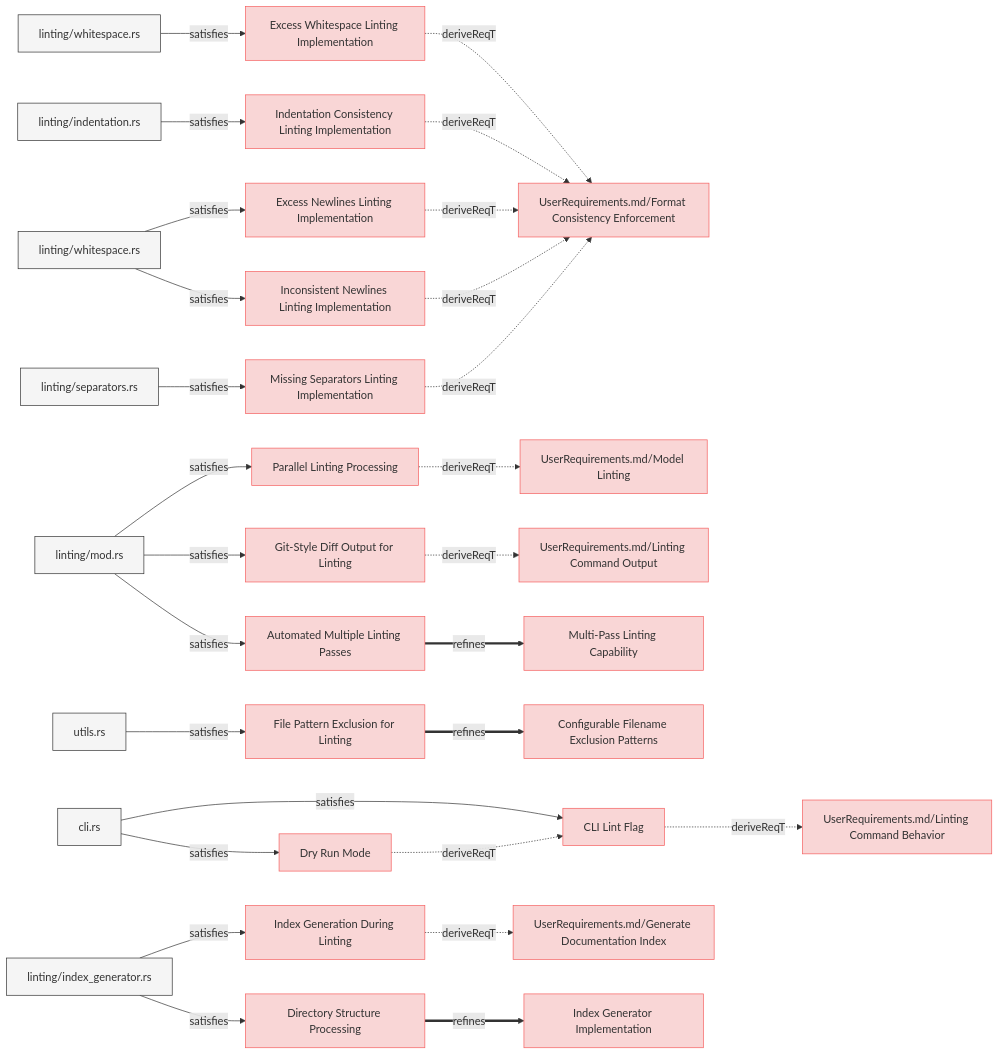
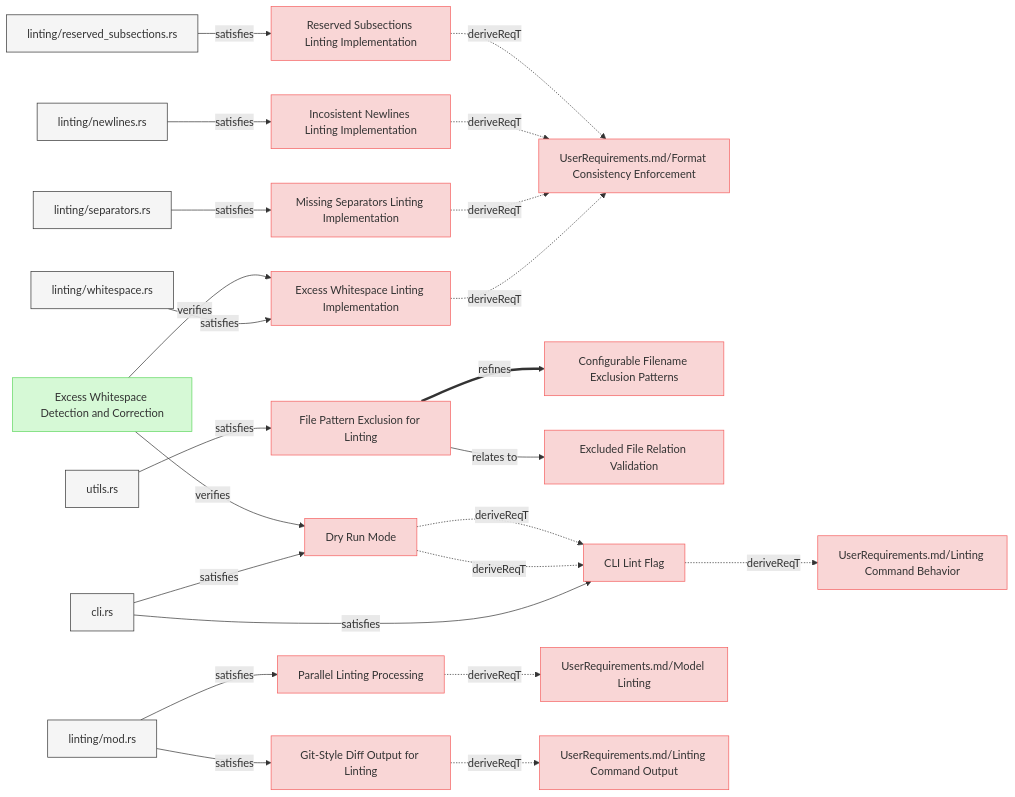
One commit to reqvire-org/reqvire changed the first of 8 diagrams in specifications/SystemRequirements/Requirements.md. Above: the diagram before and after it, drawn with Mermaid. The commit also changed other lines of this file and 11 other files, not shown here.

````diff
--- a/specifications/SystemRequirements/Requirements.md
+++ b/specifications/SystemRequirements/Requirements.md
@@ -8,6 +8,76 @@
   classDef verification fill:#d6f9d6,stroke:#5fd75f,stroke-width:1px;
   classDef externalLink fill:#d0e0ff,stroke:#3080ff,stroke-width:1px;
   classDef default fill:#f5f5f5,stroke:#333333,stroke-width:1px;
+
+  3f3d3f9ccb["Excess Whitespace Linting Implementation"];
+  click 3f3d3f9ccb "Requirements.md#excess-whitespace-linting-implementation";
+  class 3f3d3f9ccb requirement;
+  81758bdb22["UserRequirements.md/Format Consistency Enforcement"];
+  class 81758bdb22 requirement;
+  click 81758bdb22 "../UserRequirements.md#format-consistency-enforcement";
+  3f3d3f9ccb -.->|deriveReqT| 81758bdb22;
+  defc3a45e2["linting/whitespace.rs"];
+  class defc3a45e2 default;
+  click defc3a45e2 "../../src/linting/whitespace.rs";
+  defc3a45e2 -->|satisfies| 3f3d3f9ccb;
+  4cd0fe733f["Excess Whitespace Detection and Correction"];
+  class 4cd0fe733f verification;
+  click 4cd0fe733f "../Verifications/LintingTests.md#excess-whitespace-detection-and-correction";
+  4cd0fe733f -->|verifies| 3f3d3f9ccb;
+  45770e9b31["File Pattern Exclusion for Linting"];
+  click 45770e9b31 "Requirements.md#file-pattern-exclusion-for-linting";
+  class 45770e9b31 requirement;
+  cc8128cae3["Configurable Filename Exclusion Patterns"];
+  class cc8128cae3 requirement;
+  click cc8128cae3 "Requirements.md#configurable-filename-exclusion-patterns";
+  45770e9b31 ==>|refines| cc8128cae3;
+  5962484230["utils.rs"];
+  class 5962484230 default;
+  click 5962484230 "../../src/utils.rs";
+  5962484230 -->|satisfies| 45770e9b31;
+  c5c85bedd1["Excluded File Relation Validation"];
+  class c5c85bedd1 requirement;
+  click c5c85bedd1 "Requirements.md#excluded-file-relation-validation";
+  45770e9b31 -->|relates to| c5c85bedd1;
+  fffbb22796["CLI Lint Flag"];
+  click fffbb22796 "Requirements.md#cli-lint-flag";
+  class fffbb22796 requirement;
+  887a7d36ca["UserRequirements.md/Linting Command Behavior"];
+  class 887a7d36ca requirement;
+  click 887a7d36ca "../UserRequirements.md#linting-command";
+  fffbb22796 -.->|deriveReqT| 887a7d36ca;
+  6b749da146["cli.rs"];
+  class 6b749da146 default;
+  click 6b749da146 "../../src/cli.rs";
+  6b749da146 -->|satisfies| fffbb22796;
+  8f2198f681["Dry Run Mode"];
+  class 8f2198f681 requirement;
+  click 8f2198f681 "Requirements.md#dry-run-mode";
+  8f2198f681 -.->|deriveReqT| fffbb22796;
+  dd0846393d["Missing Separators Linting Implementation"];
+  click dd0846393d "Requirements.md#missing-separators-linting-implementation";
+  class dd0846393d requirement;
+  dd0846393d -.->|deriveReqT| 81758bdb22;
+  b90e4bcdd6["linting/separators.rs"];
+  class b90e4bcdd6 default;
+  click b90e4bcdd6 "../../src/linting/separators.rs";
+  b90e4bcdd6 -->|satisfies| dd0846393d;
+  f98ae394db["Incosistent Newlines Linting Implementation"];
+  click f98ae394db "Requirements.md#incosistent-newlines-linting-implementation";
+  class f98ae394db requirement;
+  f98ae394db -.->|deriveReqT| 81758bdb22;
+  adb880afe2["linting/newlines.rs"];
+  class adb880afe2 default;
+  click adb880afe2 "../../src/linting/newlines.rs";
+  adb880afe2 -->|satisfies| f98ae394db;
+  193cd64638["Reserved Subsections Linting Implementation"];
+  click 193cd64638 "Requirements.md#reserved-subsections-linting-implementation";
+  class 193cd64638 requirement;
+  193cd64638 -.->|deriveReqT| 81758bdb22;
+  5604a53ad3["linting/reserved_subsections.rs"];
+  class 5604a53ad3 default;
+  click 5604a53ad3 "../../src/linting/indentation.rs";
+  5604a53ad3 -->|satisfies| 193cd64638;
   66aa36deca["Parallel Linting Processing"];
   click 66aa36deca "Requirements.md#parallel-linting-processing";
   class 66aa36deca requirement;
@@ -19,17 +89,6 @@
   class 3c61a8f8d3 default;
   click 3c61a8f8d3 "../../src/linting/mod.rs";
   3c61a8f8d3 -->|satisfies| 66aa36deca;
-  3f3d3f9ccb["Excess Whitespace Linting Implementation"];
-  click 3f3d3f9ccb "Requirements.md#excess-whitespace-linting-implementation";
-  class 3f3d3f9ccb requirement;
-  81758bdb22["UserRequirements.md/Format Consistency Enforcement"];
-  class 81758bdb22 requirement;
-  click 81758bdb22 "../UserRequirements.md#format-consistency-enforcement";
-  3f3d3f9ccb -.->|deriveReqT| 81758bdb22;
-  defc3a45e2["linting/whitespace.rs"];
-  class defc3a45e2 default;
-  click defc3a45e2 "../../src/linting/whitespace.rs";
-  defc3a45e2 -->|satisfies| 3f3d3f9ccb;
   63f1cd4974["Git-Style Diff Output for Linting"];
   click 63f1cd4974 "Requirements.md#git-style-diff-output-for-linting";
   class 63f1cd4974 requirement;
@@ -38,87 +97,7 @@
   click 808b1863c8 "../UserRequirements.md#linting-command-output";
   63f1cd4974 -.->|deriveReqT| 808b1863c8;
   3c61a8f8d3 -->|satisfies| 63f1cd4974;
-  45770e9b31["File Pattern Exclusion for Linting"];
-  click 45770e9b31 "Requirements.md#file-pattern-exclusion-for-linting";
-  class 45770e9b31 requirement;
-  cc8128cae3["Configurable Filename Exclusion Patterns"];
-  class cc8128cae3 requirement;
-  click cc8128cae3 "Requirements.md#configurable-filename-exclusion-patterns";
-  45770e9b31 ==>|refines| cc8128cae3;
-  5962484230["utils.rs"];
-  class 5962484230 default;
-  click 5962484230 "../../src/utils.rs";
-  5962484230 -->|satisfies| 45770e9b31;
-  ec14dc67ea["Automated Multiple Linting Passes"];
-  click ec14dc67ea "Requirements.md#automated-multiple-linting-passes";
-  class ec14dc67ea requirement;
-  feb2e14e3b["Multi-Pass Linting Capability"];
-  class feb2e14e3b requirement;
-  click feb2e14e3b "Requirements.md#multi-pass-linting-capability";
-  ec14dc67ea ==>|refines| feb2e14e3b;
-  3c61a8f8d3 -->|satisfies| ec14dc67ea;
-  106181e9df["Excess Newlines Linting Implementation"];
-  click 106181e9df "Requirements.md#excess-newlines-linting-implementation";
-  class 106181e9df requirement;
-  106181e9df -.->|deriveReqT| 81758bdb22;
-  adb880afe2["linting/whitespace.rs"];
-  class adb880afe2 default;
-  click adb880afe2 "../../src/linting/newlines.rs";
-  adb880afe2 -->|satisfies| 106181e9df;
-  3efb9595f2["Indentation Consistency Linting Implementation"];
-  click 3efb9595f2 "Requirements.md#indentation-consistency-linting-implementation";
-  class 3efb9595f2 requirement;
-  3efb9595f2 -.->|deriveReqT| 81758bdb22;
-  5604a53ad3["linting/indentation.rs"];
-  class 5604a53ad3 default;
-  click 5604a53ad3 "../../src/linting/indentation.rs";
-  5604a53ad3 -->|satisfies| 3efb9595f2;
-  fffbb22796["CLI Lint Flag"];
-  click fffbb22796 "Requirements.md#cli-lint-flag";
-  class fffbb22796 requirement;
-  887a7d36ca["UserRequirements.md/Linting Command Behavior"];
-  class 887a7d36ca requirement;
-  click 887a7d36ca "../UserRequirements.md#linting-command";
-  fffbb22796 -.->|deriveReqT| 887a7d36ca;
-  6b749da146["cli.rs"];
-  class 6b749da146 default;
-  click 6b749da146 "../../src/cli.rs";
-  6b749da146 -->|satisfies| fffbb22796;
-  74344124a8["Index Generation During Linting"];
-  click 74344124a8 "Requirements.md#index-generation-during-linting";
-  class 74344124a8 requirement;
-  f5b5eaeb28["UserRequirements.md/Generate Documentation Index"];
-  class f5b5eaeb28 requirement;
-  click f5b5eaeb28 "../UserRequirements.md#generate-documentation-index";
-  74344124a8 -.->|deriveReqT| f5b5eaeb28;
-  58ac33706d["linting/index_generator.rs"];
-  class 58ac33706d default;
-  click 58ac33706d "../../src/linting/index_generator.rs";
-  58ac33706d -->|satisfies| 74344124a8;
-  dd0846393d["Missing Separators Linting Implementation"];
-  click dd0846393d "Requirements.md#missing-separators-linting-implementation";
-  class dd0846393d requirement;
-  dd0846393d -.->|deriveReqT| 81758bdb22;
-  b90e4bcdd6["linting/separators.rs"];
-  class b90e4bcdd6 default;
-  click b90e4bcdd6 "../../src/linting/separators.rs";
-  b90e4bcdd6 -->|satisfies| dd0846393d;
-  6e1435ad10["Inconsistent Newlines Linting Implementation"];
-  click 6e1435ad10 "Requirements.md#inconsistent-newlines-linting-implementation";
-  class 6e1435ad10 requirement;
-  6e1435ad10 -.->|deriveReqT| 81758bdb22;
-  adb880afe2 -->|satisfies| 6e1435ad10;
-  d93eda81e3["Directory Structure Processing"];
-  click d93eda81e3 "Requirements.md#directory-structure-processing";
-  class d93eda81e3 requirement;
-  ec70b05609["Index Generator Implementation"];
-  class ec70b05609 requirement;
-  click ec70b05609 "Requirements.md#index-generator-implementation";
-  d93eda81e3 ==>|refines| ec70b05609;
-  58ac33706d -->|satisfies| d93eda81e3;
-  8f2198f681["Dry Run Mode"];
-  click 8f2198f681 "Requirements.md#dry-run-mode";
-  class 8f2198f681 requirement;
   8f2198f681 -.->|deriveReqT| fffbb22796;
   6b749da146 -->|satisfies| 8f2198f681;
+  4cd0fe733f -->|verifies| 8f2198f681;
 ```
````
